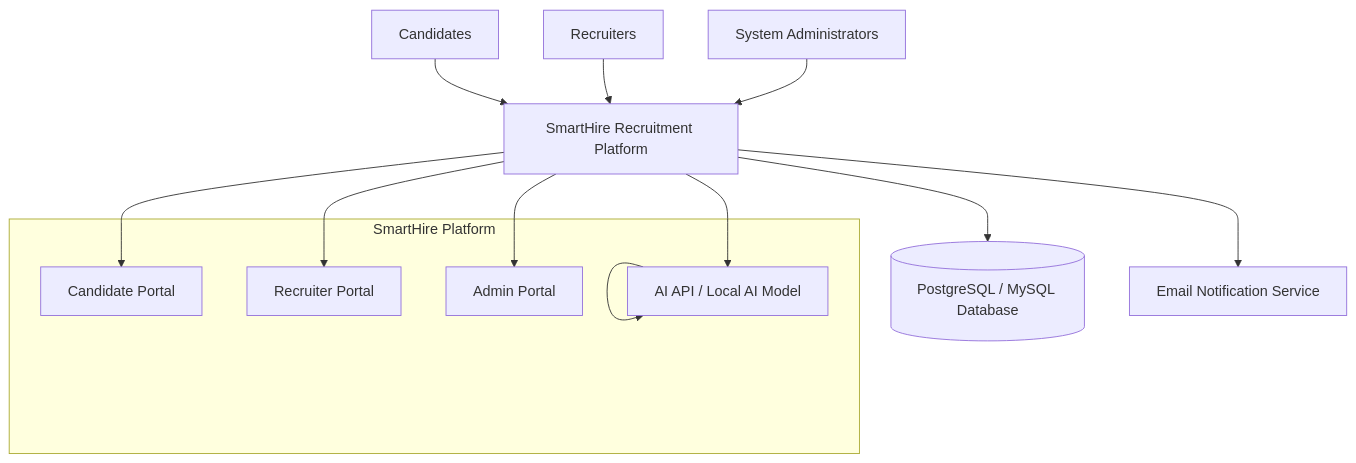
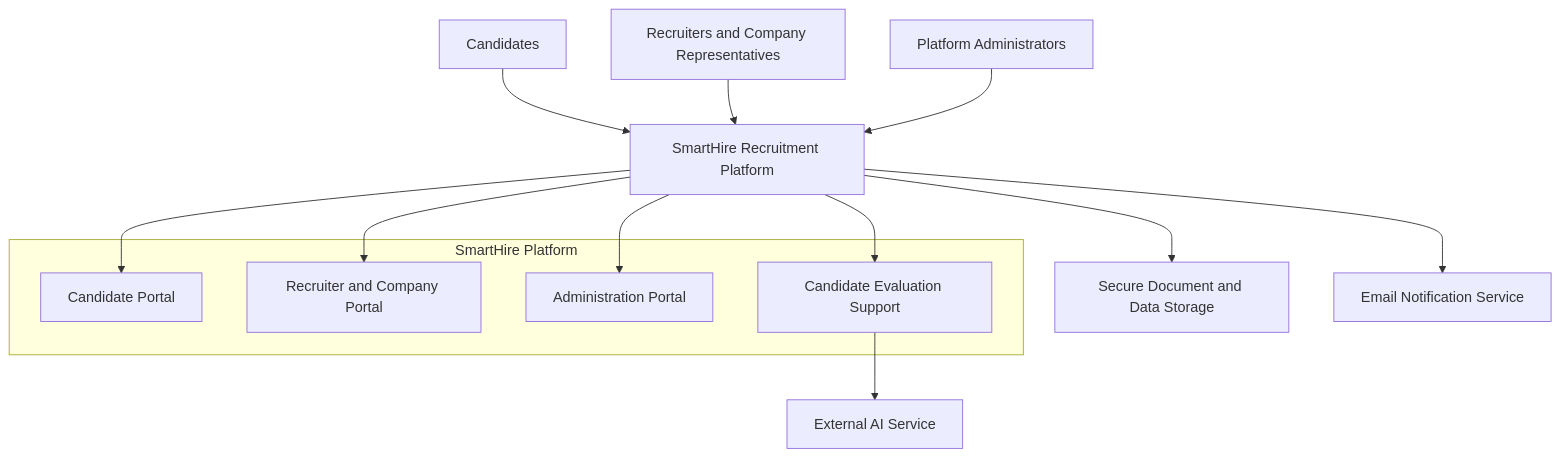
One commit to quocuy0112/Software-Engineering---Group-9 changed the diagram in docs/vision_document_preview/4_Product_Overview.md. Above: the diagram before and after it, drawn with Mermaid. The commit also changed other lines of this file, not shown here.

````diff
--- a/docs/vision_document_preview/4_Product_Overview.md
+++ b/docs/vision_document_preview/4_Product_Overview.md
@@ -78,29 +83,28 @@
 ```mermaid
 graph TD
-
     Candidate[Candidates]
-    Recruiter[Recruiters]
-    Admin[System Administrators]
+    Recruiter[Recruiters and Company Representatives]
+    Admin[Platform Administrators]
 
     Candidate --> SmartHire
     Recruiter --> SmartHire
     Admin --> SmartHire
 
-    subgraph SmartHire Platform
+    subgraph SmartHirePlatform[SmartHire Platform]
         CP[Candidate Portal]
-        RP[Recruiter Portal]
-        AP[Admin Portal]
-        AI[AI Services Layer]
+        RP[Recruiter and Company Portal]
+        AP[Administration Portal]
+        AS[Candidate Evaluation Support]
     end
 
     SmartHire[SmartHire Recruitment Platform]
 
     SmartHire --> CP
     SmartHire --> RP
     SmartHire --> AP
-    SmartHire --> AI
+    SmartHire --> AS
 
-    AI --> AI[AI API / Local AI Model]
-    SmartHire --> DB[(PostgreSQL / MySQL Database)]
+    AS --> ExternalAI[External AI Service]
+    SmartHire --> Storage[Secure Document and Data Storage]
     SmartHire --> Email[Email Notification Service]
 ```
````
